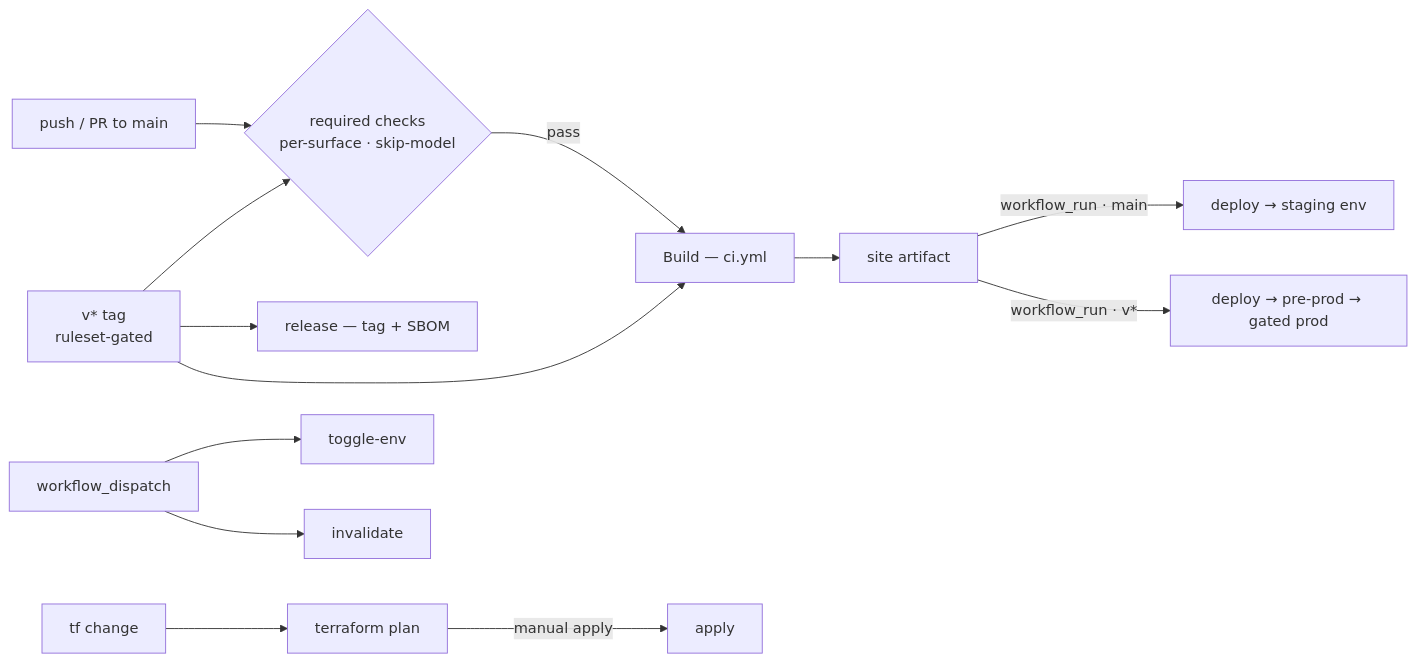
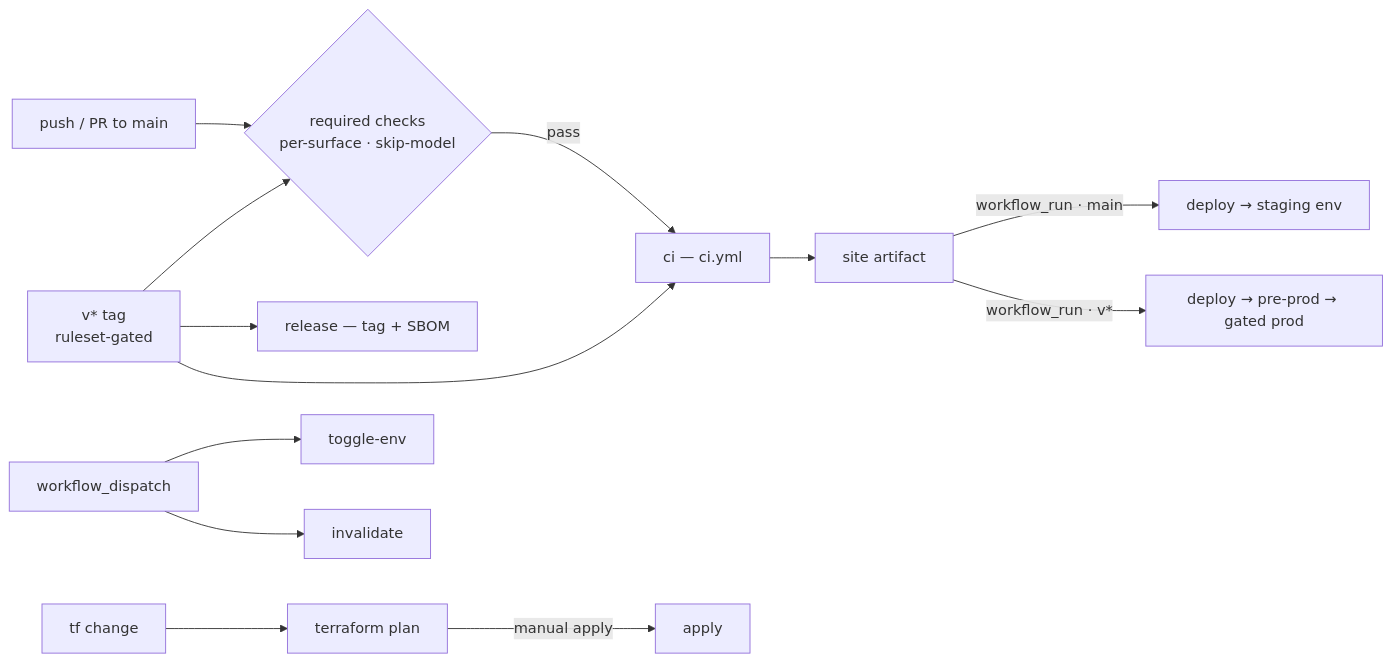
One commit to mathewmusango/my-portfolio changed the fourth of 4 diagrams in README.md. Above: the diagram before and after it, drawn with Mermaid. The commit also changed other lines of this file and 16 other files, not shown here.

````diff
--- a/README.md
+++ b/README.md
@@ -142,13 +142,13 @@
 ```mermaid
 flowchart LR
     M[push / PR to main] --> C{required checks<br/>per-surface · skip-model}
     V[v* tag<br/>ruleset-gated] --> C
-    C -->|pass| B[Build — ci.yml]
+    C -->|pass| B[ci — ci.yml]
     V --> B
     B --> A[site artifact]
     A -->|workflow_run · main| S[deploy → staging env]
     A -->|workflow_run · v*| P[deploy → pre-prod → gated prod]
     V --> R[release — tag + SBOM]
     T[tf change] --> TP[terraform plan] -->|manual apply| AP[apply]
     X[workflow_dispatch] --> TG[toggle-env] & INV[invalidate]
 ```
````
